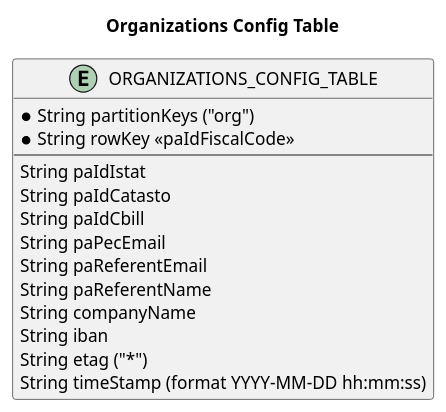
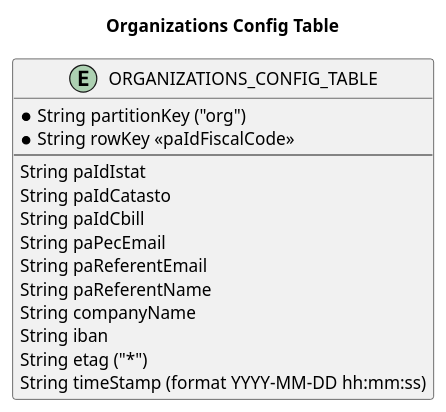
Before and after one commit to pagopa/pagopa-canone-unico: the diagram in docs/ORGANIZATIONS_CONFIG_TABLE.puml, drawn with PlantUML. The commit also changed 6 other files, not shown here.

```diff
--- a/docs/ORGANIZATIONS_CONFIG_TABLE.puml
+++ b/docs/ORGANIZATIONS_CONFIG_TABLE.puml
@@ -1,21 +1,21 @@
 @startuml Table
 
 title Organizations Config Table
 
 entity ORGANIZATIONS_CONFIG_TABLE {
-  * String partitionKeys ("org")
+  * String partitionKey ("org")
   * String rowKey <<paIdFiscalCode>>
   --
     String paIdIstat
     String paIdCatasto
     String paIdCbill
     String paPecEmail
     String paReferentEmail
     String paReferentName
     String companyName
     String iban
     String etag ("*")
     String timeStamp (format YYYY-MM-DD hh:mm:ss)
 }
 
 @enduml
```
